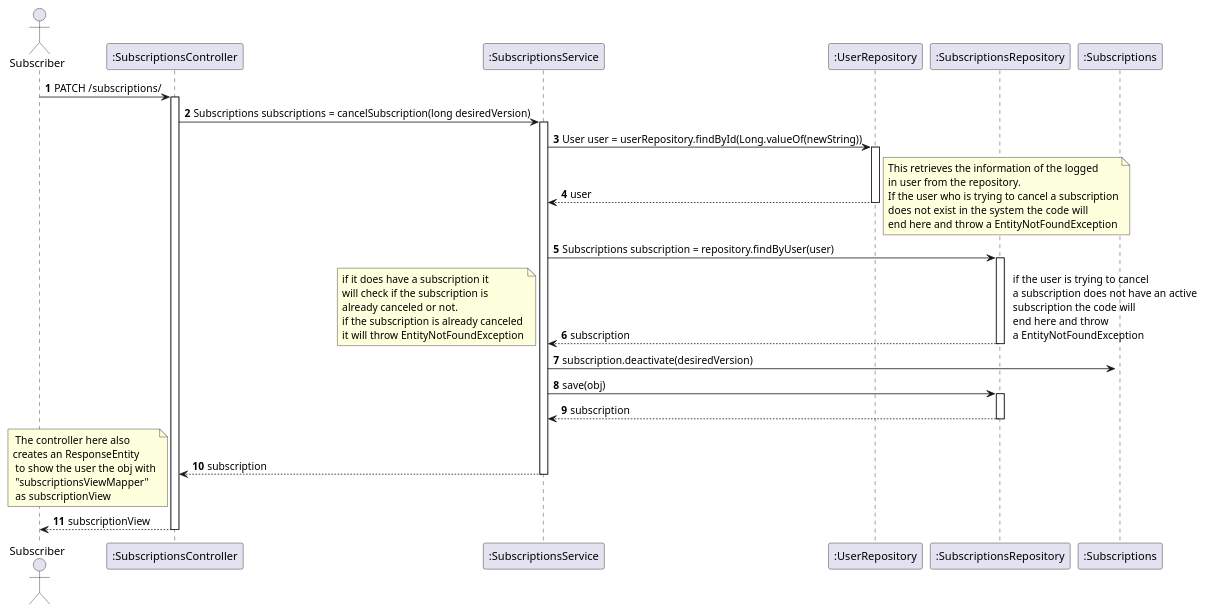
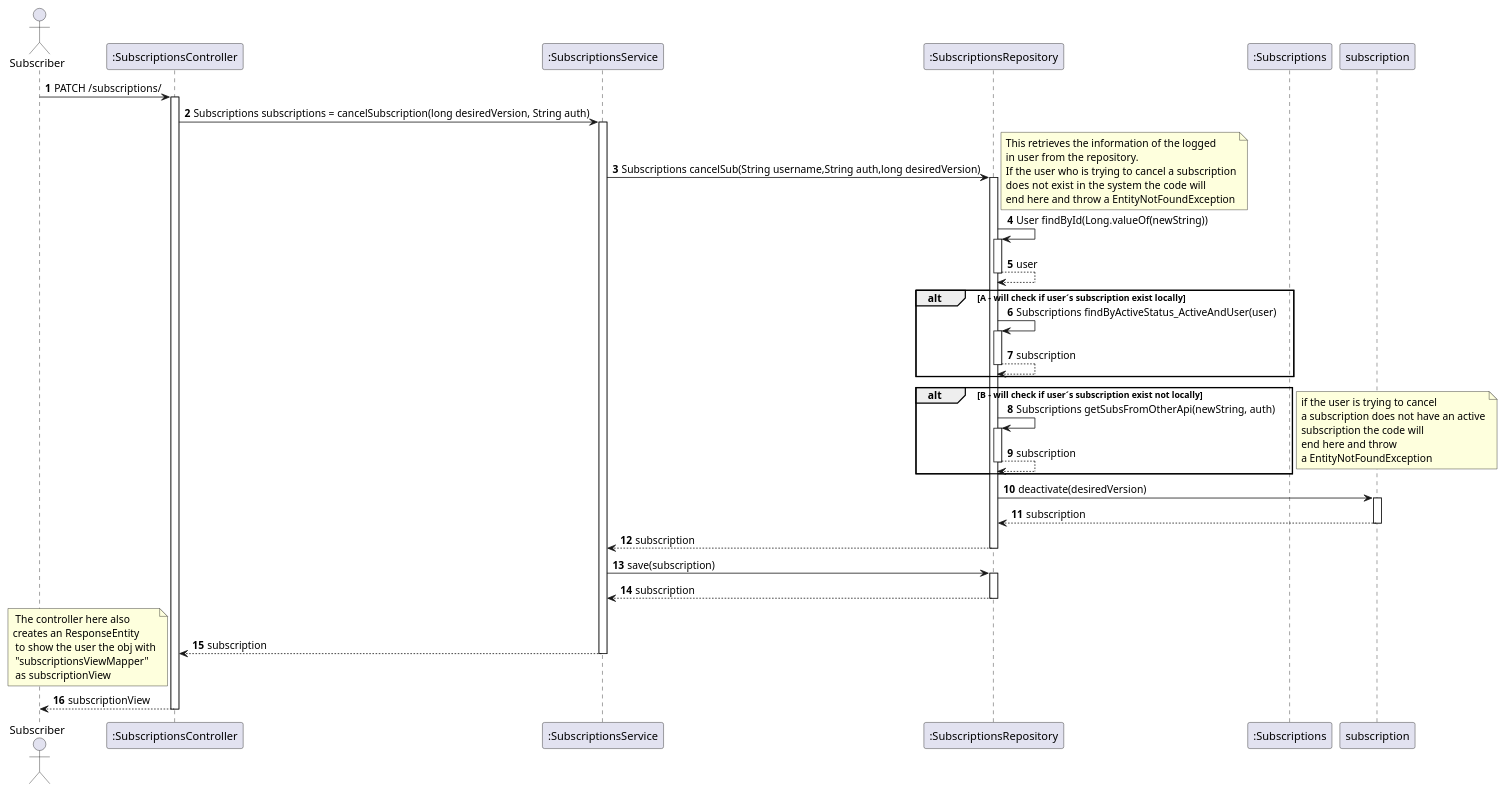
The diagram in docs_sidis/Subs/UC08 - CancelSub/UC08-SD.puml (IsepMartimOliveira/SIDIS), drawn with PlantUML before and after one commit. The commit also changed 35 other files, not shown here.

```diff
--- a/docs_sidis/Subs/UC08 - CancelSub/UC08-SD.puml
+++ b/docs_sidis/Subs/UC08 - CancelSub/UC08-SD.puml
@@ -1,65 +1,65 @@
 @startuml
 'https://plantuml.com/sequence-diagram
 autoactivate on
 autonumber
 
 
 actor "Subscriber" as Ac
 participant ":SubscriptionsController" as Ctrl
 participant ":SubscriptionsService" as Serv
-participant ":UserRepository" as UserRepo
 participant ":SubscriptionsRepository" as SubRepo
 participant ":Subscriptions" as Sub
 
 Ac -> Ctrl : PATCH /subscriptions/
-Ctrl -> Serv : Subscriptions subscriptions = cancelSubscription(long desiredVersion)
+Ctrl -> Serv : Subscriptions subscriptions = cancelSubscription(long desiredVersion, String auth)
 
-Serv -> UserRepo :User user = userRepository.findById(Long.valueOf(newString))
-UserRepo --> Serv : user
+
+Serv -> SubRepo : Subscriptions cancelSub(String username,String auth,long desiredVersion)
 
 note right
   This retrieves the information of the logged
   in user from the repository.
   If the user who is trying to cancel a subscription
   does not exist in the system  the code will
   end here and throw a EntityNotFoundException
 end note
+SubRepo -> SubRepo :User findById(Long.valueOf(newString))
+SubRepo --> SubRepo : user
 
-Serv -> SubRepo :Subscriptions subscription = repository.findByUser(user)
-SubRepo --> Serv : subscription
 
+alt A - will check if user´s subscription exist locally
+SubRepo -> SubRepo :Subscriptions findByActiveStatus_ActiveAndUser(user)
+SubRepo --> SubRepo : subscription
+end
+alt B - will check if user´s subscription exist not locally
+SubRepo -> SubRepo :Subscriptions getSubsFromOtherApi(newString, auth)
+SubRepo --> SubRepo : subscription
+end
 note right
   if the user is trying to cancel
   a subscription does not have an active
   subscription the code will
   end here and throw
   a EntityNotFoundException
 end note
 
-note left
-  if it does have a subscription it
-  will check if the subscription is
-  already canceled or not.
-  if the subscription is already canceled
-  it will throw EntityNotFoundException
-end note
+deactivate Sub
+SubRepo -> subscription : deactivate(desiredVersion)
+subscription-->SubRepo: subscription
+SubRepo --> Serv: subscription
 
-deactivate Sub
-Serv -> Sub : subscription.deactivate(desiredVersion)
-
-
-Serv -> SubRepo: save(obj)
+Serv -> SubRepo: save(subscription)
 SubRepo --> Serv: subscription
 Serv --> Ctrl: subscription
 
 
 note left
  The controller here also
 creates an ResponseEntity
  to show the user the obj with
  "subscriptionsViewMapper"
  as subscriptionView
 end note
 Ac <-- Ctrl : subscriptionView
 
 @enduml
```
